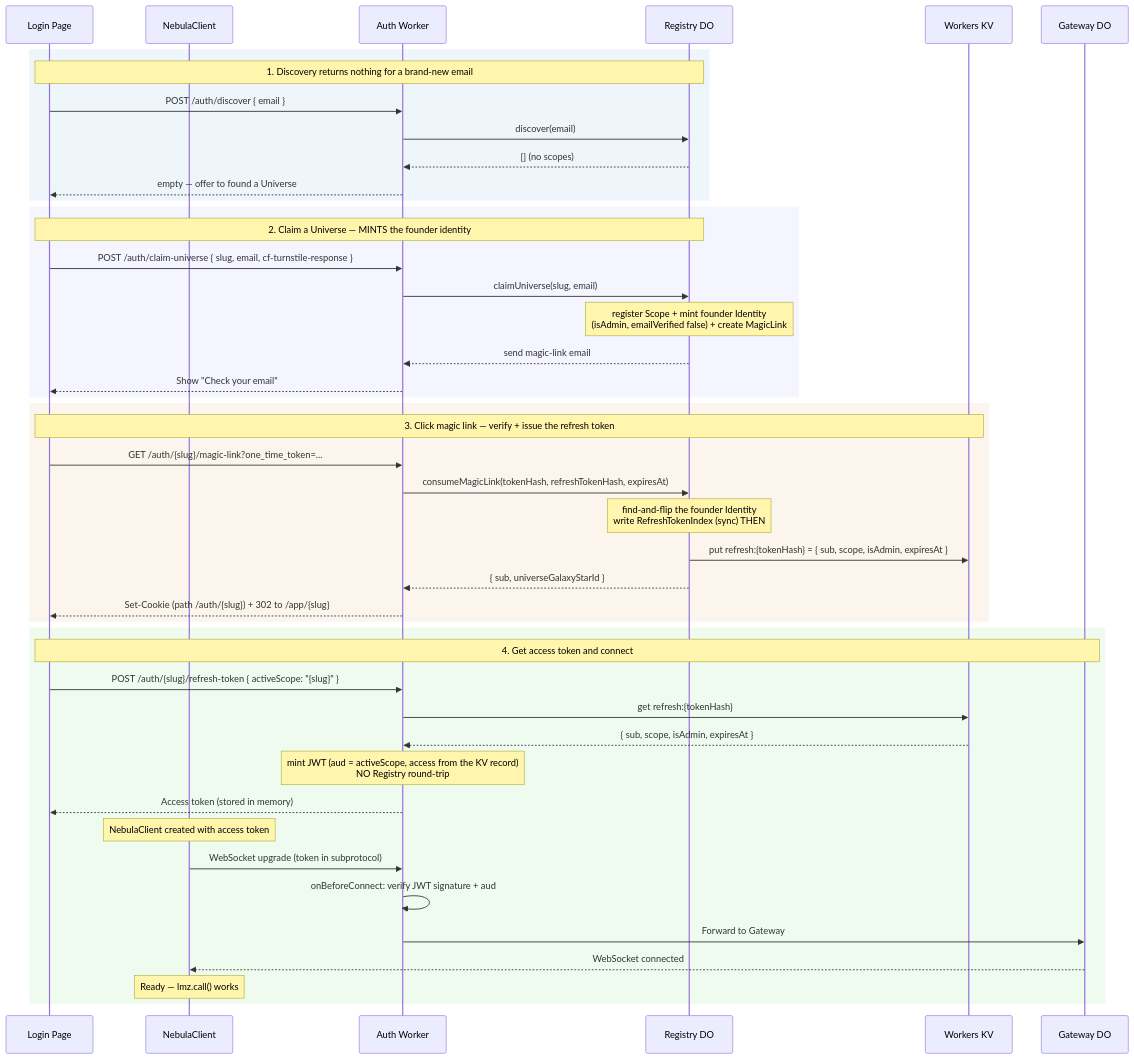
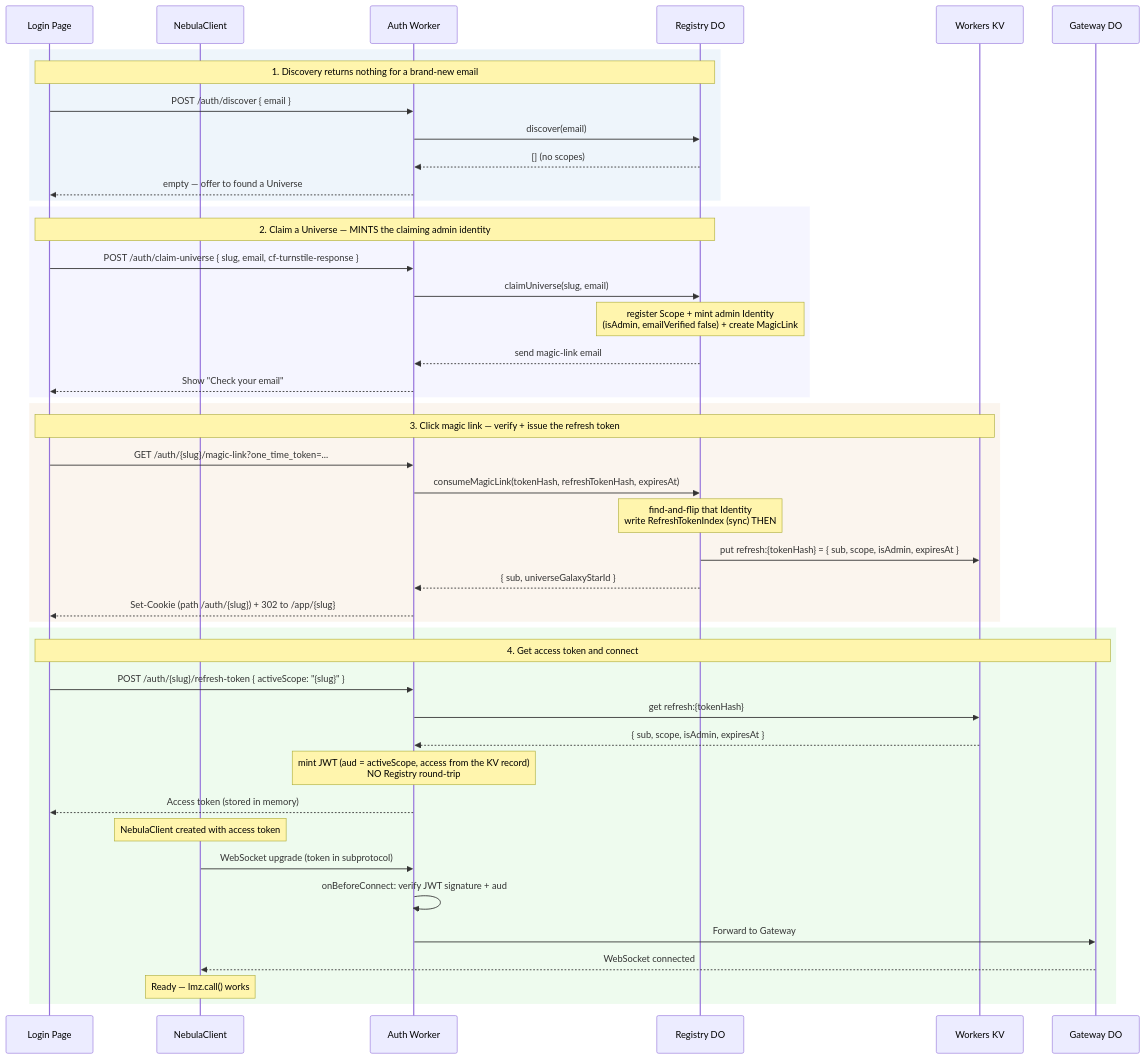
The first of 6 diagrams in website/docs/nebula/auth-flows.md (lumenize/lumenize), drawn with Mermaid before and after one commit. The commit also changed other lines of this file and 70 other files, not shown here.

````diff
--- a/website/docs/nebula/auth-flows.md
+++ b/website/docs/nebula/auth-flows.md
@@ -40,51 +40,51 @@
 ```mermaid
 sequenceDiagram
     participant UI as Login Page
     participant NC as NebulaClient
     participant W as Auth Worker
     participant R as Registry DO
     participant KV as Workers KV
     participant GW as Gateway DO
 
     rect rgba(200, 220, 240, 0.3)
         Note over UI,R: 1. Discovery returns nothing for a brand-new email
         UI->>W: POST /auth/discover { email }
         W->>R: discover(email)
         R-->>W: [] (no scopes)
         W-->>UI: empty — offer to found a Universe
     end
 
     rect rgba(220, 220, 255, 0.3)
-        Note over UI,R: 2. Claim a Universe — MINTS the founder identity
+        Note over UI,R: 2. Claim a Universe — MINTS the claiming admin identity
         UI->>W: POST /auth/claim-universe { slug, email, cf-turnstile-response }
         W->>R: claimUniverse(slug, email)
-        Note over R: register Scope + mint founder Identity<br/>(isAdmin, emailVerified false) + create MagicLink
+        Note over R: register Scope + mint admin Identity<br/>(isAdmin, emailVerified false) + create MagicLink
         R-->>W: send magic-link email
         W-->>UI: Show "Check your email"
     end
 
     rect rgba(240, 220, 200, 0.3)
         Note over UI,KV: 3. Click magic link — verify + issue the refresh token
         UI->>W: GET /auth/{slug}/magic-link?one_time_token=...
         W->>R: consumeMagicLink(tokenHash, refreshTokenHash, expiresAt)
-        Note over R: find-and-flip the founder Identity<br/>write RefreshTokenIndex (sync) THEN
+        Note over R: find-and-flip that Identity<br/>write RefreshTokenIndex (sync) THEN
         R->>KV: put refresh:{tokenHash} = { sub, scope, isAdmin, expiresAt }
         R-->>W: { sub, universeGalaxyStarId }
         W-->>UI: Set-Cookie (path /auth/{slug}) + 302 to /app/{slug}
     end
 
     rect rgba(200, 240, 200, 0.3)
         Note over UI,GW: 4. Get access token and connect
         UI->>W: POST /auth/{slug}/refresh-token { activeScope: "{slug}" }
         W->>KV: get refresh:{tokenHash}
         KV-->>W: { sub, scope, isAdmin, expiresAt }
         Note over W: mint JWT (aud = activeScope, access from the KV record)<br/>NO Registry round-trip
         W-->>UI: Access token (stored in memory)
         Note over NC: NebulaClient created with access token
         NC->>W: WebSocket upgrade (token in subprotocol)
         W->>W: onBeforeConnect: verify JWT signature + aud
         W->>GW: Forward to Gateway
         GW-->>NC: WebSocket connected
         Note over NC: Ready — lmz.call() works
     end
 ```
````
